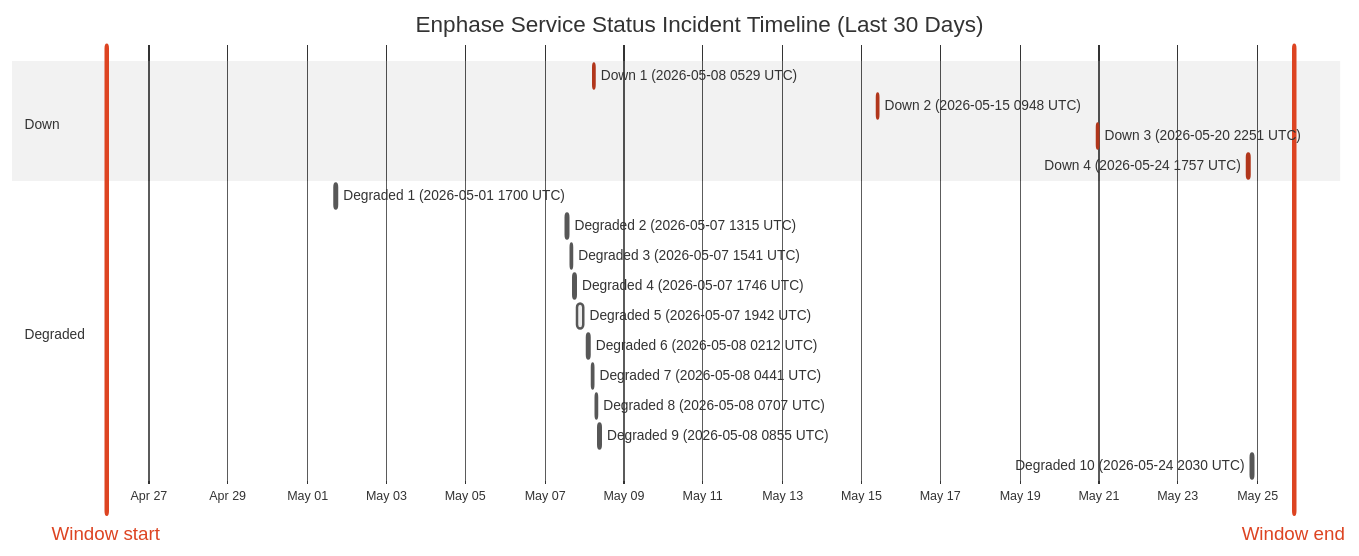
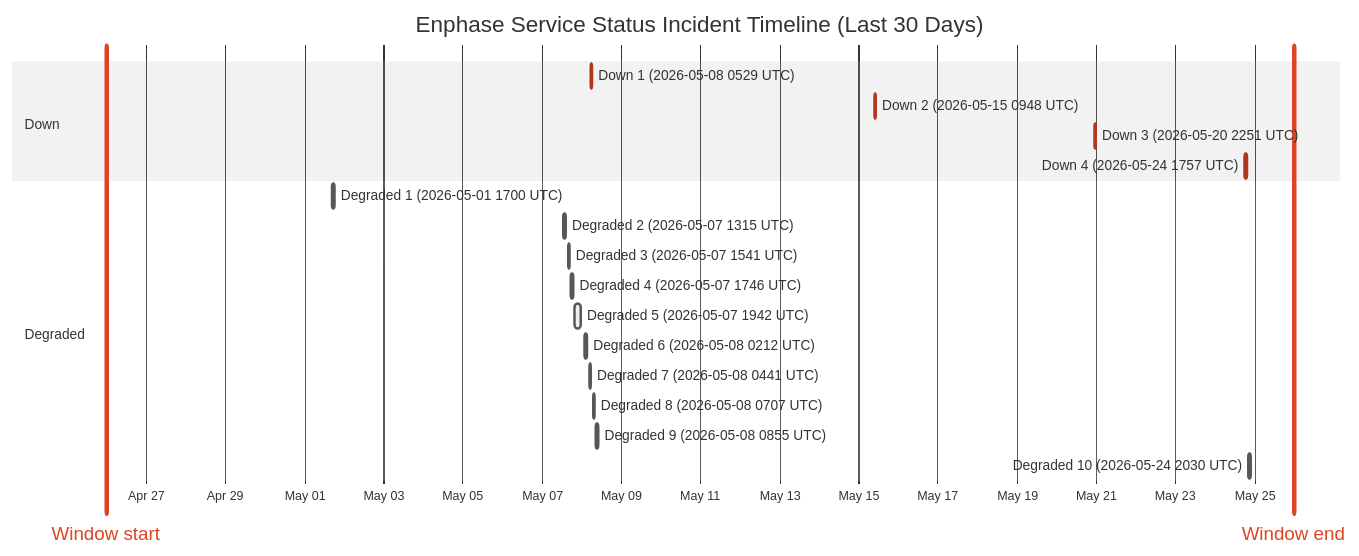
Before and after one commit to barneyonline/ha-enphase-ev-charger: the diagram in wiki/Service-Status-History.md, drawn with Mermaid (neutral theme). The commit also changed other lines of this file and 3 other files, not shown here.

````diff
--- a/wiki/Service-Status-History.md
+++ b/wiki/Service-Status-History.md
@@ -14,24 +14,24 @@
 ```mermaid
 gantt
     title Enphase Service Status Incident Timeline (Last 30 Days)
     dateFormat  YYYY-MM-DDTHH:mm:ss
     axisFormat  %b %d
-    Window start :vert, window-start, 2026-04-25T22:07:07, 0ms
-    Window end :vert, window-end, 2026-05-25T22:07:07, 0ms
+    Window start :vert, window-start, 2026-04-25T23:38:51, 0ms
+    Window end :vert, window-end, 2026-05-25T23:38:51, 0ms
     section Down
     Down 1 (2026-05-08 0529 UTC) :crit, down-1, 2026-05-08T05:29:47, 60m
     Down 2 (2026-05-15 0948 UTC) :crit, down-2, 2026-05-15T09:48:18, 60m
     Down 3 (2026-05-20 2251 UTC) :crit, down-3, 2026-05-20T22:51:14, 75m
     Down 4 (2026-05-24 1757 UTC) :crit, down-4, 2026-05-24T17:57:41, 86m
     section Degraded
     Degraded 1 (2026-05-01 1700 UTC) :active, degraded-1, 2026-05-01T17:00:22, 60m
     Degraded 2 (2026-05-07 1315 UTC) :active, degraded-2, 2026-05-07T13:15:25, 60m
     Degraded 3 (2026-05-07 1541 UTC) :active, degraded-3, 2026-05-07T15:41:58, 60m
     Degraded 4 (2026-05-07 1746 UTC) :active, degraded-4, 2026-05-07T17:46:51, 60m
     Degraded 5 (2026-05-07 1942 UTC) :active, degraded-5, 2026-05-07T19:42:10, 249m
     Degraded 6 (2026-05-08 0212 UTC) :active, degraded-6, 2026-05-08T02:12:39, 60m
     Degraded 7 (2026-05-08 0441 UTC) :active, degraded-7, 2026-05-08T04:41:46, 60m
     Degraded 8 (2026-05-08 0707 UTC) :active, degraded-8, 2026-05-08T07:07:30, 60m
     Degraded 9 (2026-05-08 0855 UTC) :active, degraded-9, 2026-05-08T08:55:20, 88m
     Degraded 10 (2026-05-24 2030 UTC) :active, degraded-10, 2026-05-24T20:30:57, 84m
 ```
````
